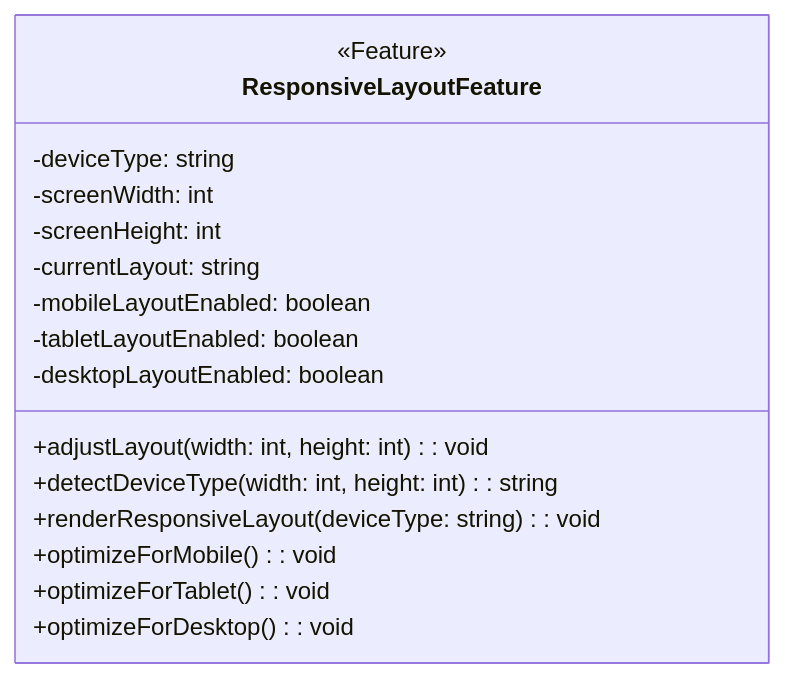
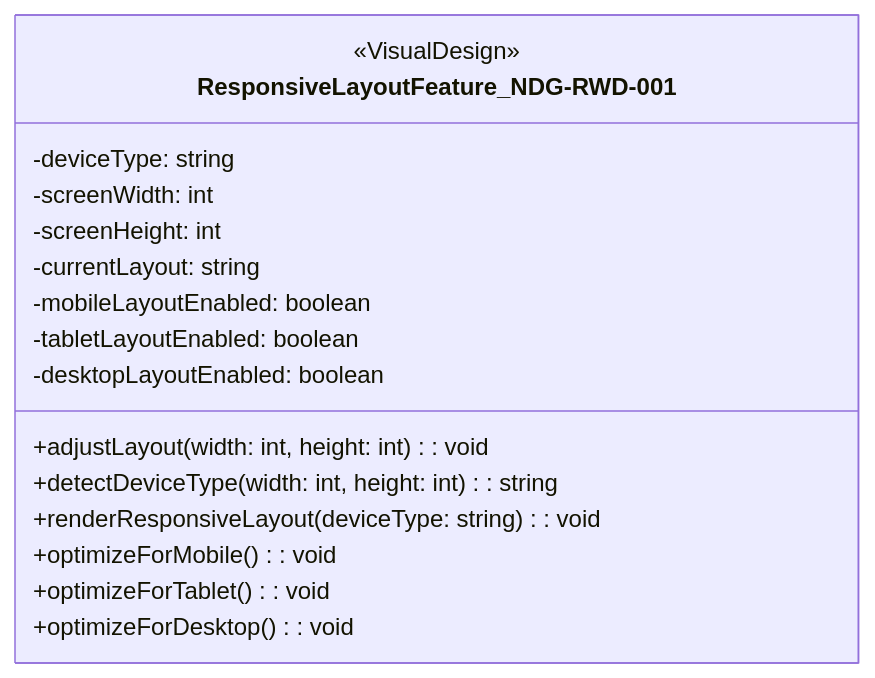
Before and after one commit to sun922/University-SoftwareDesign: diagram 14 of 39 in 1. Requirement Analysis/Software Requirements Specification.md, drawn with Mermaid. The commit also changed other lines of this file, not shown here.

Commit message:
디자인, 품질, 제약 요구사항 클래스 다이어그램 추가

````diff
--- a/1. Requirement Analysis/Software Requirements Specification.md
+++ b/1. Requirement Analysis/Software Requirements Specification.md
@@ -393,20 +409,21 @@
 ```mermaid
 classDiagram
-    class ResponsiveLayoutFeature {
-        <<Feature>>
+    class ResponsiveLayoutFeature_NDG-RWD-001 {
+        <<VisualDesign>>
         -deviceType: string
         -screenWidth: int
         -screenHeight: int
         -currentLayout: string
         -mobileLayoutEnabled: boolean
         -tabletLayoutEnabled: boolean
         -desktopLayoutEnabled: boolean
 
         +adjustLayout(width: int, height: int): void
         +detectDeviceType(width: int, height: int): string
         +renderResponsiveLayout(deviceType: string): void
         +optimizeForMobile(): void
         +optimizeForTablet(): void
         +optimizeForDesktop(): void
     }
+
 ```
````
